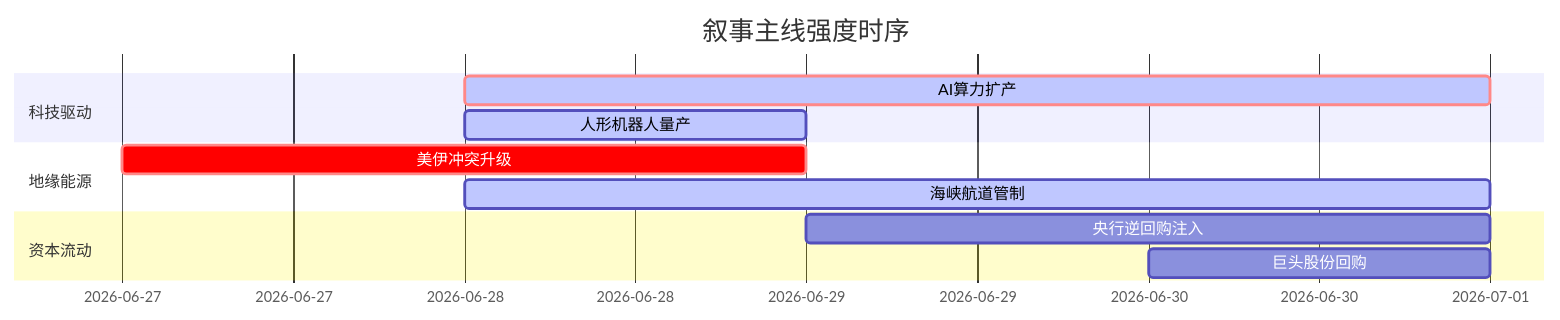
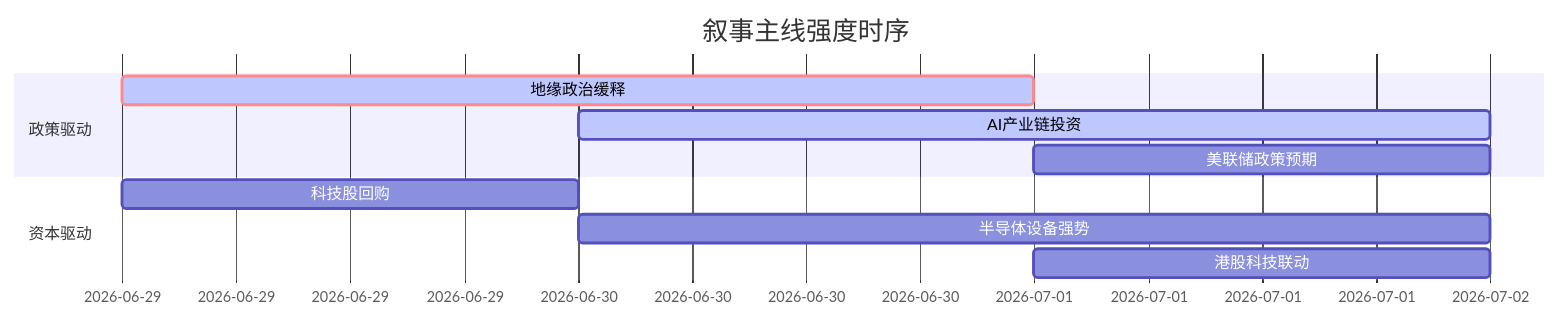
The diagram in 5day_report.md (uu5zn/uu5zn.github.io), drawn with Mermaid before and after one commit. The commit also changed other lines of this file and 21 other files, not shown here.

````diff
--- a/5day_report.md
+++ b/5day_report.md
@@ -56,16 +57,14 @@
 ```mermaid
 gantt
     title 叙事主线强度时序
     dateFormat  YYYY-MM-DD
-    section 科技驱动
-    AI算力扩产     :crit, active, 2026-06-28, 3d
-    人形机器人量产 :active, 2026-06-28, 1d
+    section 政策驱动
+    地缘政治缓释   :crit, active, 2026-06-29, 2d
+    AI产业链投资   :active, 2026-06-30, 2d
+    美联储政策预期   :2026-07-01, 1d
     
-    section 地缘能源
-    美伊冲突升级   :crit, 2026-06-27, 2d
-    海峡航道管制   :active, 2026-06-28, 3d
-    
-    section 资本流动
-    央行逆回购注入 :2026-06-29, 2d
-    巨头股份回购   :2026-06-30, 1d
+    section 资本驱动
+    科技股回购   :2026-06-29, 1d
+    半导体设备强势   :2026-06-30, 2d
+    港股科技联动   :2026-07-01, 1d
 ```
````
